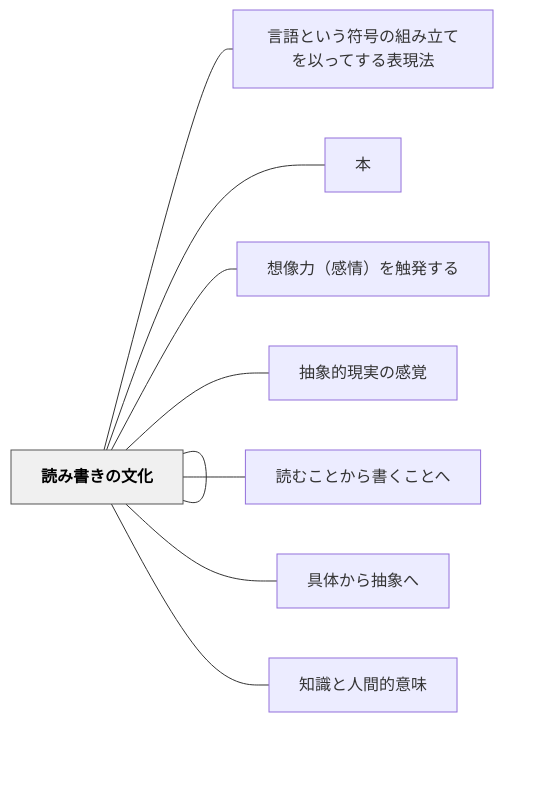
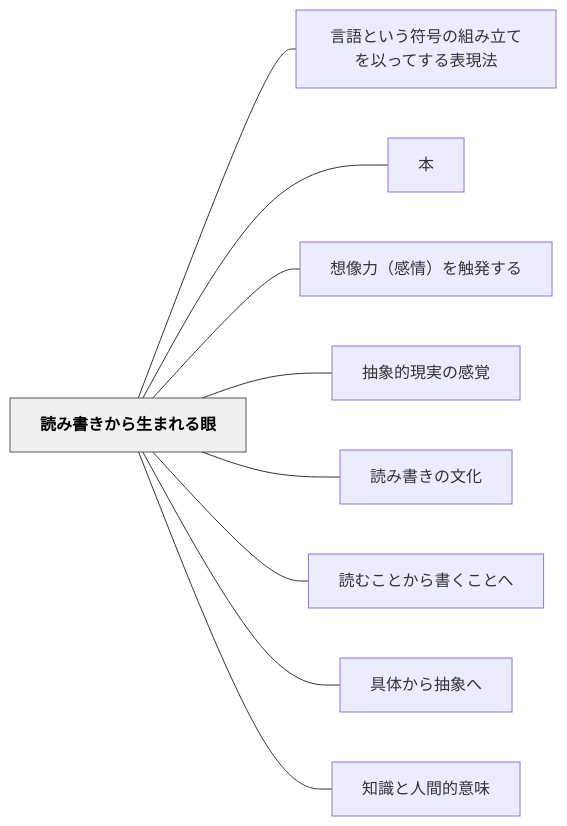
The diagram in content/パタン/読み書きから生まれる眼.md (unknownthings-ed-patterns/unknownthings-ed-patterns), drawn with Mermaid before and after one commit. The commit also changed 527 other files, not shown here.

````diff
--- a/content/パタン/読み書きから生まれる眼.md
+++ b/content/パタン/読み書きから生まれる眼.md
@@ -51,24 +51,24 @@
 ```mermaid
 flowchart LR
-    ne8aaade381bf["読み書きから生まれる眼"]
-    ne8a880e8aa9e["言語という符号の組み立てを以ってする表現法"]
+    ne8aaade381bfe69bb8e3818de3818be38289e7949fe381bee3828ce3828be79cbc["読み書きから生まれる眼"]
+    ne8a880e8aa9ee381a8e38184e38186e7aca6e58fb7e381aee7b584e381bfe7ab8be381a6e38292e4bba5e381a3e381a6e38199e3828be8a1a8e78fbee6b395["言語という符号の組み立てを以ってする表現法"]
     ne69cac["本"]
-    ne683b3e5838f["想像力（感情）を触発する"]
-    ne68abde8b1a1["抽象的現実の感覚"]
-    ne8aaade381bf["読み書きの文化"]
-    ne8aaade38280["読むことから書くことへ"]
-    ne585b7e4bd93["具体から抽象へ"]
-    ne79fa5e8ad98["知識と人間的意味"]
+    ne683b3e5838fe58a9befbc88e6849fe68385efbc89e38292e8a7a6e799bae38199e3828b["想像力（感情）を触発する"]
+    ne68abde8b1a1e79a84e78fbee5ae9fe381aee6849fe8a69a["抽象的現実の感覚"]
+    ne8aaade381bfe69bb8e3818de381aee69687e58c96["読み書きの文化"]
+    ne8aaade38280e38193e381a8e3818be38289e69bb8e3818fe38193e381a8e381b8["読むことから書くことへ"]
+    ne585b7e4bd93e3818be38289e68abde8b1a1e381b8["具体から抽象へ"]
+    ne79fa5e8ad98e381a8e4babae99693e79a84e6848fe591b3["知識と人間的意味"]
 
-    ne8aaade381bf --- ne8a880e8aa9e
-    ne8aaade381bf --- ne69cac
-    ne8aaade381bf --- ne683b3e5838f
-    ne8aaade381bf --- ne68abde8b1a1
-    ne8aaade381bf --- ne8aaade381bf
-    ne8aaade381bf --- ne8aaade38280
-    ne8aaade381bf --- ne585b7e4bd93
-    ne8aaade381bf --- ne79fa5e8ad98
+    ne8aaade381bfe69bb8e3818de3818be38289e7949fe381bee3828ce3828be79cbc --- ne8a880e8aa9ee381a8e38184e38186e7aca6e58fb7e381aee7b584e381bfe7ab8be381a6e38292e4bba5e381a3e381a6e38199e3828be8a1a8e78fbee6b395
+    ne8aaade381bfe69bb8e3818de3818be38289e7949fe381bee3828ce3828be79cbc --- ne69cac
+    ne8aaade381bfe69bb8e3818de3818be38289e7949fe381bee3828ce3828be79cbc --- ne683b3e5838fe58a9befbc88e6849fe68385efbc89e38292e8a7a6e799bae38199e3828b
+    ne8aaade381bfe69bb8e3818de3818be38289e7949fe381bee3828ce3828be79cbc --- ne68abde8b1a1e79a84e78fbee5ae9fe381aee6849fe8a69a
+    ne8aaade381bfe69bb8e3818de3818be38289e7949fe381bee3828ce3828be79cbc --- ne8aaade381bfe69bb8e3818de381aee69687e58c96
+    ne8aaade381bfe69bb8e3818de3818be38289e7949fe381bee3828ce3828be79cbc --- ne8aaade38280e38193e381a8e3818be38289e69bb8e3818fe38193e381a8e381b8
+    ne8aaade381bfe69bb8e3818de3818be38289e7949fe381bee3828ce3828be79cbc --- ne585b7e4bd93e3818be38289e68abde8b1a1e381b8
+    ne8aaade381bfe69bb8e3818de3818be38289e7949fe381bee3828ce3828be79cbc --- ne79fa5e8ad98e381a8e4babae99693e79a84e6848fe591b3
 
     classDef hub fill:#f0f0f0,stroke:#555,color:#000,font-weight:bold
-    class ne8aaade381bf hub
+    class ne8aaade381bfe69bb8e3818de3818be38289e7949fe381bee3828ce3828be79cbc hub
 ```
````
